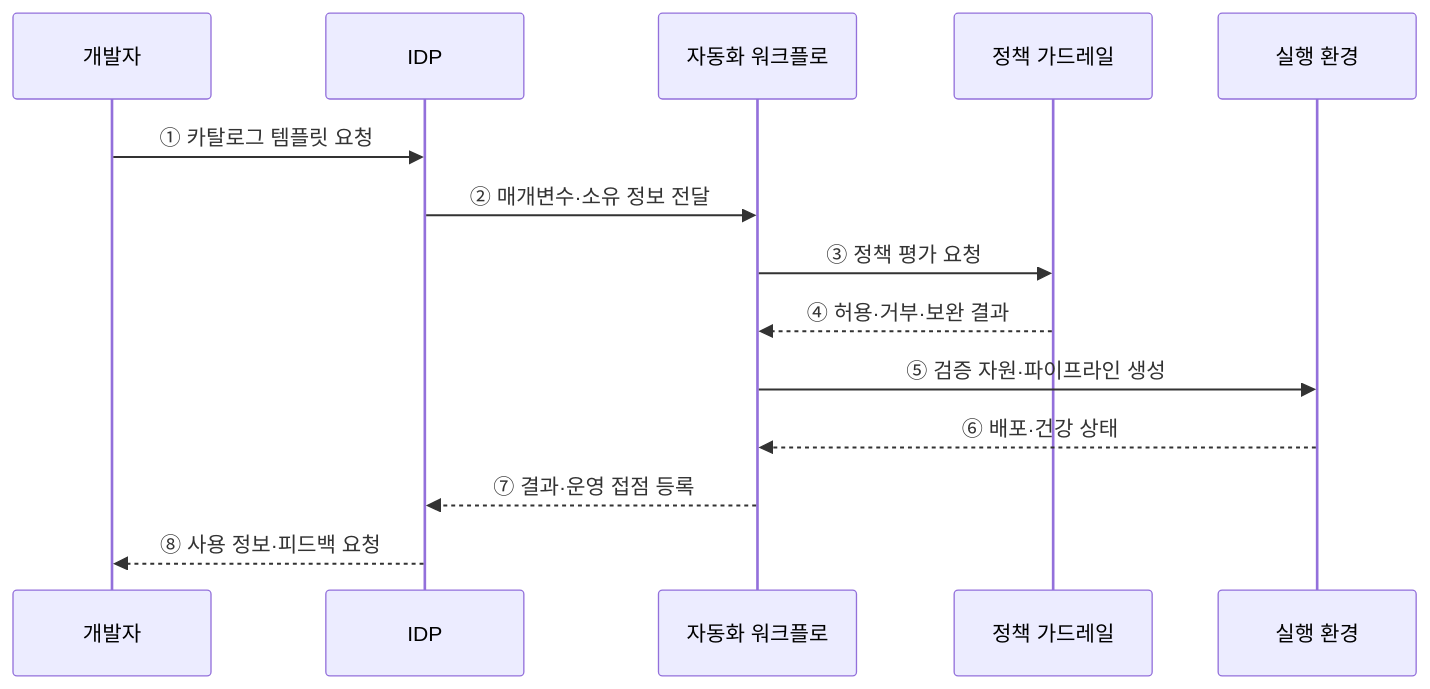
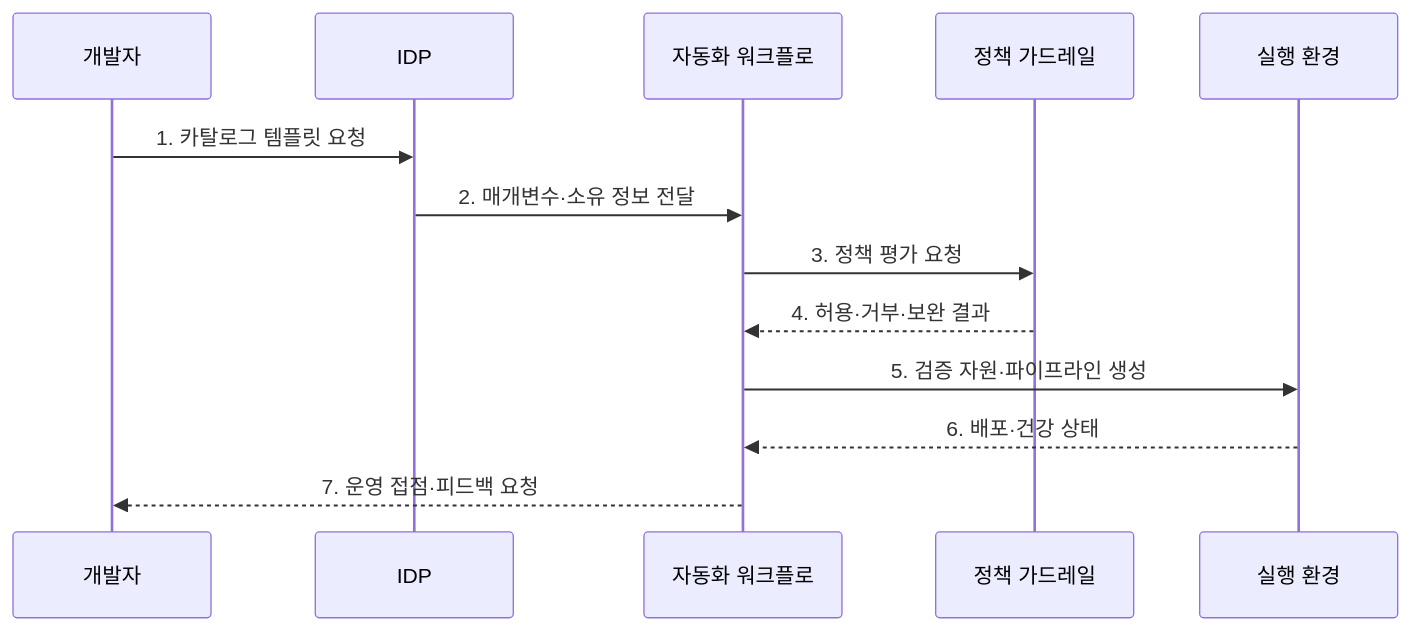
One commit to agnusdei1207/knowledge-base changed the second of 2 diagrams in src/content/docs/notes/03-software/082_platform_engineering_idp.md. Above: the diagram before and after it, drawn with Mermaid. The commit also changed other lines of this file and 20 other files, not shown here.

````diff
--- a/src/content/docs/notes/03-software/082_platform_engineering_idp.md
+++ b/src/content/docs/notes/03-software/082_platform_engineering_idp.md
@@ -68,16 +79,15 @@
 ```mermaid
 sequenceDiagram
     participant D as 개발자
     participant P as IDP
     participant W as 자동화 워크플로
     participant G as 정책 가드레일
     participant R as 실행 환경
-    D->>P: ① 카탈로그 템플릿 요청
-    P->>W: ② 매개변수·소유 정보 전달
-    W->>G: ③ 정책 평가 요청
-    G-->>W: ④ 허용·거부·보완 결과
-    W->>R: ⑤ 검증 자원·파이프라인 생성
-    R-->>W: ⑥ 배포·건강 상태
-    W-->>P: ⑦ 결과·운영 접점 등록
-    P-->>D: ⑧ 사용 정보·피드백 요청
+    D->>P: 1. 카탈로그 템플릿 요청
+    P->>W: 2. 매개변수·소유 정보 전달
+    W->>G: 3. 정책 평가 요청
+    G-->>W: 4. 허용·거부·보완 결과
+    W->>R: 5. 검증 자원·파이프라인 생성
+    R-->>W: 6. 배포·건강 상태
+    W-->>D: 7. 운영 접점·피드백 요청
 ```
````
